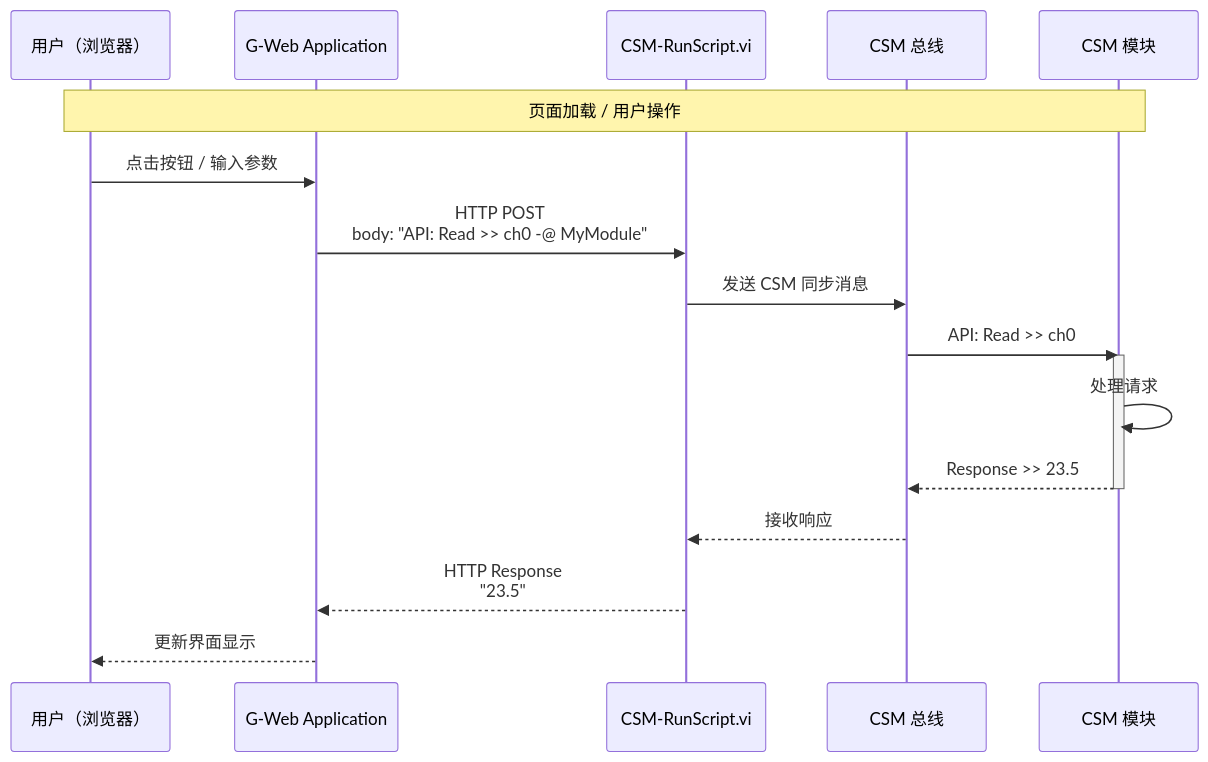
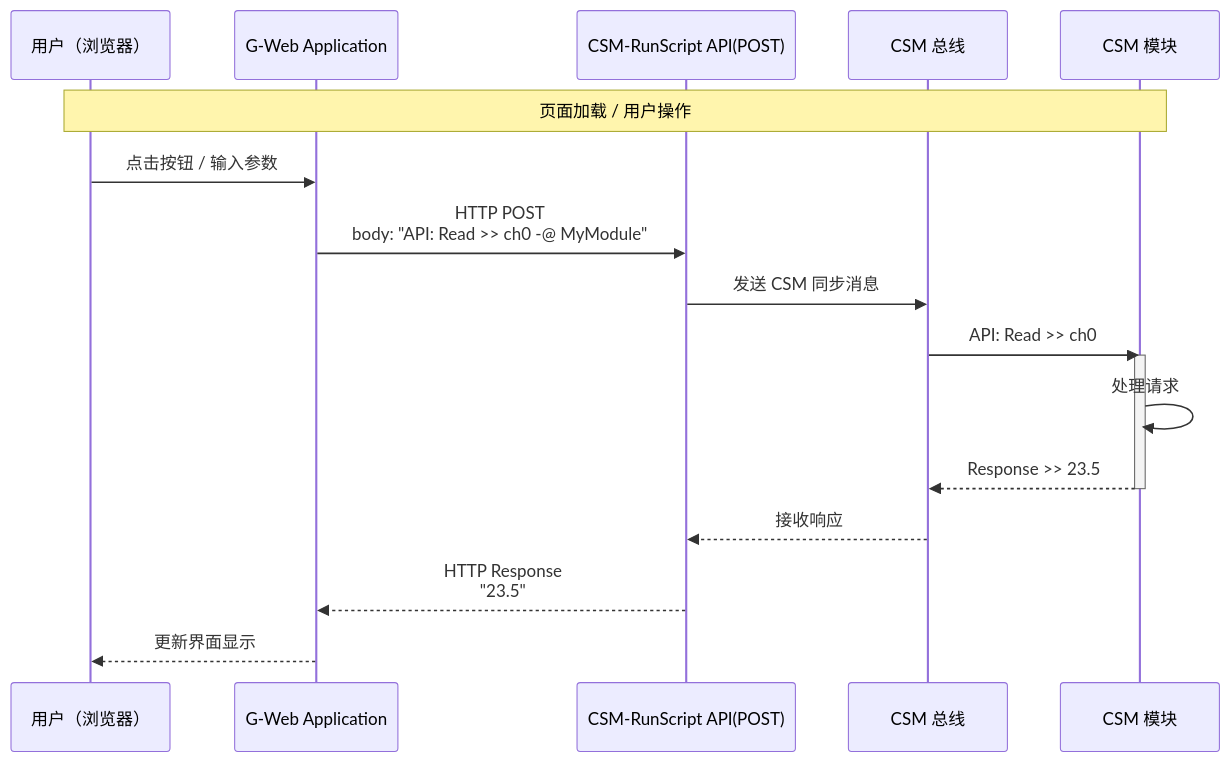
Before and after one commit to NEVSTOP-LAB/CSM-Wiki: the fourth of 4 diagrams in docs/examples/csm-gweb-development.md, drawn with Mermaid. The commit also changed other lines of this file, not shown here.

````diff
--- a/docs/examples/csm-gweb-development.md
+++ b/docs/examples/csm-gweb-development.md
@@ -175,21 +180,21 @@
 ```mermaid
 sequenceDiagram
     participant U as 用户（浏览器）
     participant G as G-Web Application
-    participant W as CSM-RunScript.vi
+    participant W as CSM-RunScript API(POST)
     participant B as CSM 总线
     participant M as CSM 模块
 
     Note over U,M: 页面加载 / 用户操作
     U->>G: 点击按钮 / 输入参数
     G->>W: HTTP POST<br/>body: "API: Read >> ch0 -@ MyModule"
     W->>B: 发送 CSM 同步消息
     B->>M: API: Read >> ch0
     activate M
     M->>M: 处理请求
     M-->>B: Response >> 23.5
     deactivate M
     B-->>W: 接收响应
     W-->>G: HTTP Response<br/>"23.5"
     G-->>U: 更新界面显示
 ```
````
